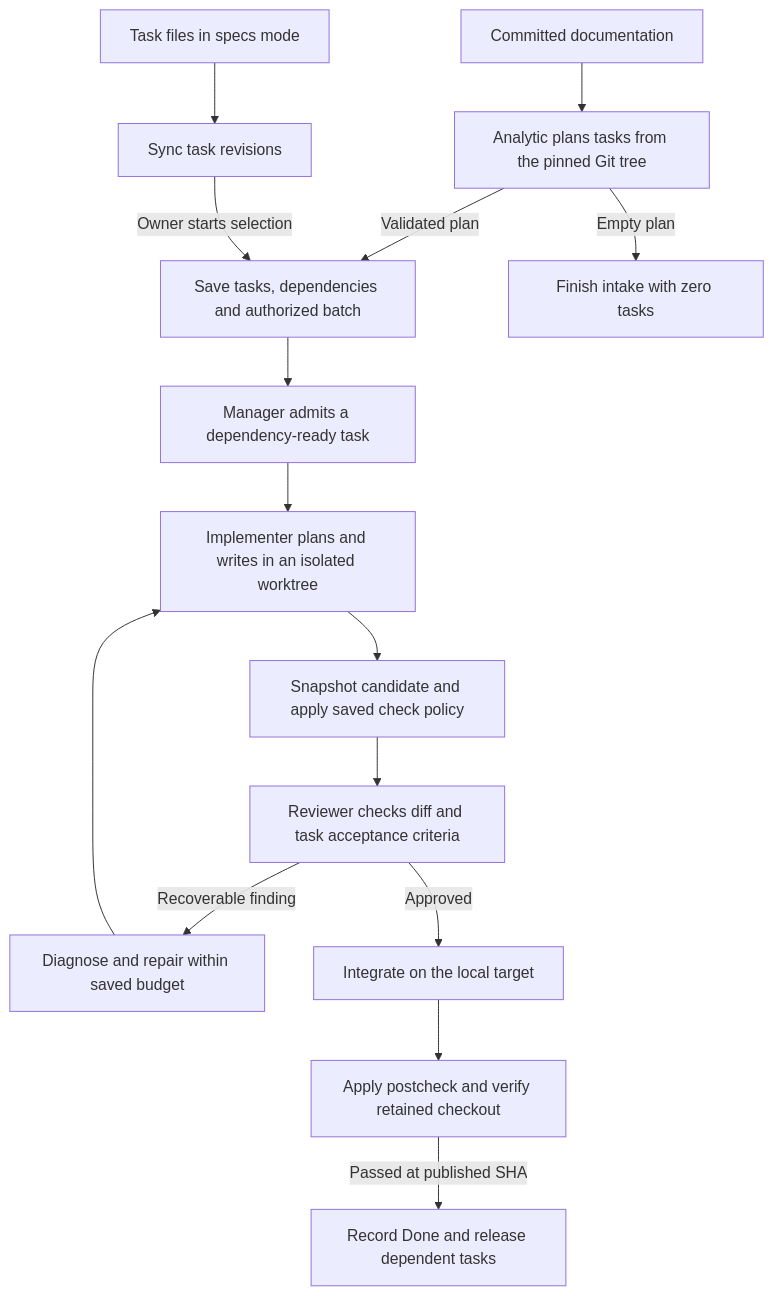
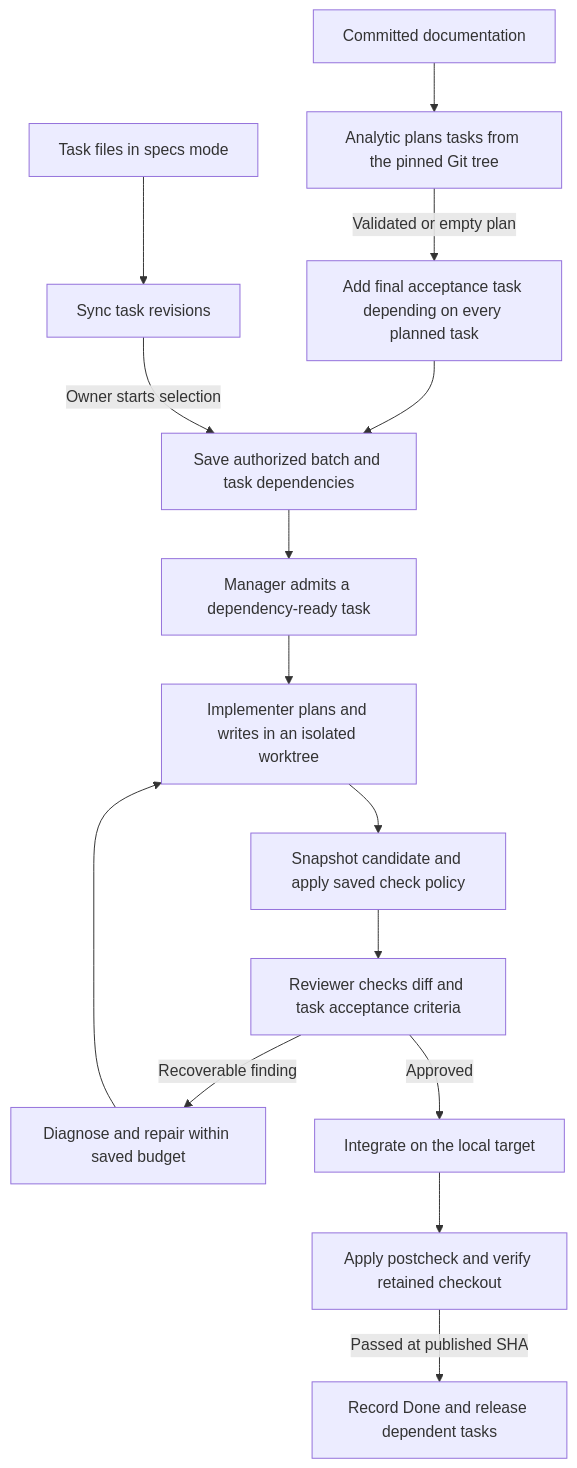
The diagram in docs/ARCHITECTURE.md (mpakus/cuckoding.com), drawn with Mermaid before and after one commit. The commit also changed other lines of this file and 7 other files, not shown here.

````diff
--- a/docs/ARCHITECTURE.md
+++ b/docs/ARCHITECTURE.md
@@ -15,17 +15,17 @@
 ```mermaid
 flowchart TD
     D["Committed documentation"] --> I["Analytic plans tasks from the pinned Git tree"]
-    I -->|Validated plan| B["Save tasks, dependencies and authorized batch"]
-    I -->|Empty plan| E["Finish intake with zero tasks"]
+    I -->|Validated or empty plan| G["Add final acceptance task depending on every planned task"]
+    G --> B["Save authorized batch and task dependencies"]
     S["Task files in specs mode"] --> T["Sync task revisions"]
     T -->|Owner starts selection| B
     B --> M["Manager admits a dependency-ready task"]
     M --> W["Implementer plans and writes in an isolated worktree"]
     W --> C["Snapshot candidate and apply saved check policy"]
     C --> R["Reviewer checks diff and task acceptance criteria"]
     R -->|Recoverable finding| F["Diagnose and repair within saved budget"]
     F --> W
     R -->|Approved| P["Integrate on the local target"]
     P --> V["Apply postcheck and verify retained checkout"]
     V -->|Passed at published SHA| Z["Record Done and release dependent tasks"]
 ```
````
